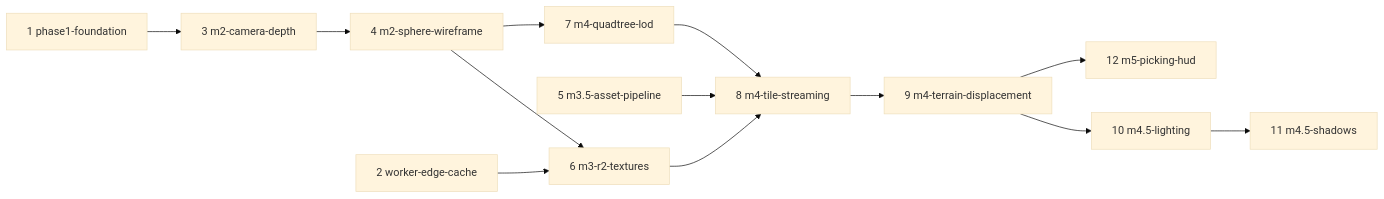
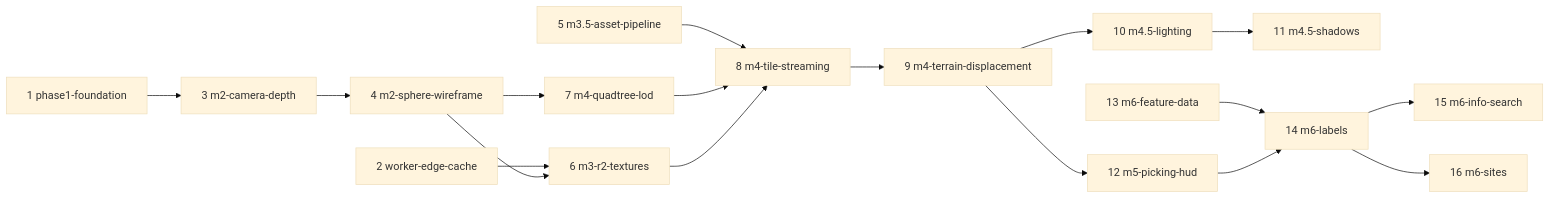
One commit to kingso/StationTycho changed the diagram in PLAN.md. Above: the diagram before and after it, drawn with Mermaid (base theme). The commit also changed other lines of this file, not shown here.

````diff
--- a/PLAN.md
+++ b/PLAN.md
@@ -252,11 +274,14 @@
 ```mermaid
 graph LR
   P1[1 phase1-foundation] --> C[3 m2-camera-depth] --> S[4 m2-sphere-wireframe]
   W[2 worker-edge-cache] --> T[6 m3-r2-textures]
   S --> T
   A[5 m3.5-asset-pipeline] --> ST[8 m4-tile-streaming]
   S --> Q[7 m4-quadtree-lod] --> ST
   T --> ST --> D[9 m4-terrain-displacement]
   D --> L[10 m4.5-lighting] --> SH[11 m4.5-shadows]
   D --> H[12 m5-picking-hud]
+  FD[13 m6-feature-data] --> LB[14 m6-labels]
+  H --> LB --> IS[15 m6-info-search]
+  LB --> SI[16 m6-sites]
 ```
````
